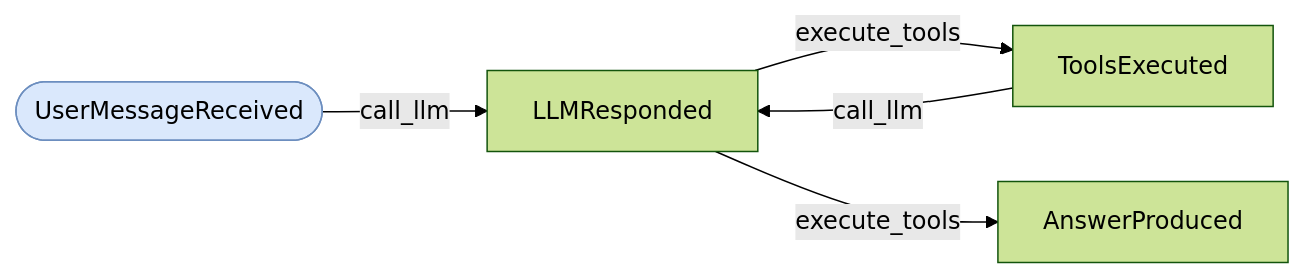
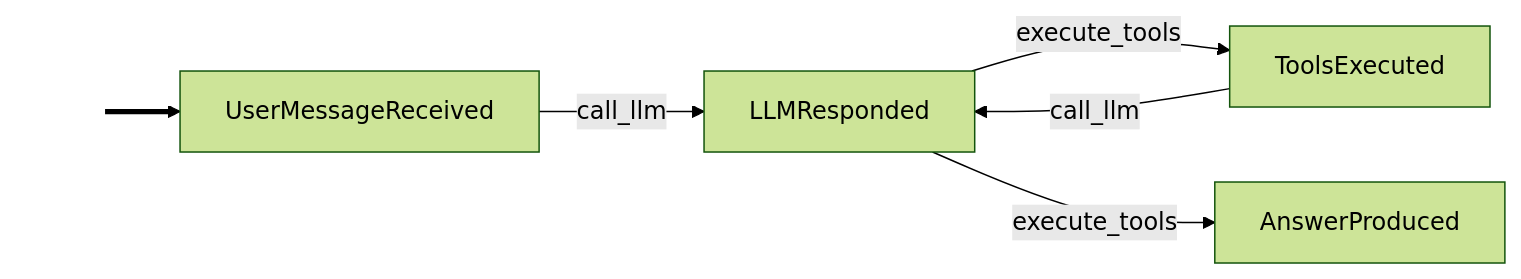
One commit to cadance-io/langgraph-events changed the diagram in examples/react_agent.graph.md. Above: the diagram before and after it, drawn with Mermaid (forest theme). The commit also changed 8 other files, not shown here.

First line of the commit message:
Replace seed event stadium shape with thick entry edge

````diff
--- a/examples/react_agent.graph.md
+++ b/examples/react_agent.graph.md
@@ -4,10 +4,10 @@
 ```mermaid
 graph LR
-    classDef seed fill:#dae8fc,stroke:#6c8ebf
-    UserMessageReceived([UserMessageReceived]):::seed
+    classDef entry fill:none,stroke:none,color:none
+    _e0_[ ]:::entry ==> UserMessageReceived
     UserMessageReceived -->|call_llm| LLMResponded
     ToolsExecuted -->|call_llm| LLMResponded
     LLMResponded -->|execute_tools| ToolsExecuted
     LLMResponded -->|execute_tools| AnswerProduced
 %% Side-effect handlers: audit_trail (Auditable)
 ```
````
